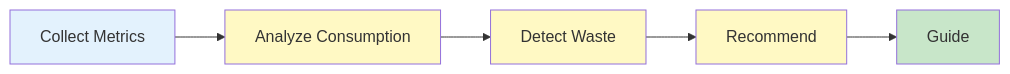
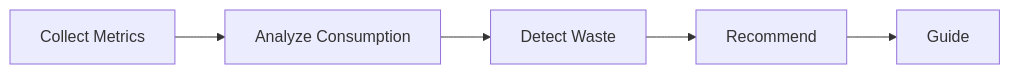
Before and after one commit to CharlesLuxinger/harness-eng-multi-agent: the diagram in instructions/resource-optimization/HEARTBEAT.md, drawn with Mermaid. The commit also changed other lines of this file and 67 other files, not shown here.

````diff
--- a/instructions/resource-optimization/HEARTBEAT.md
+++ b/instructions/resource-optimization/HEARTBEAT.md
@@ -11,19 +11,13 @@
 ```mermaid
 graph LR
   A["Collect Metrics"]
   B["Analyze Consumption"]
   C["Detect Waste"]
   D["Recommend"]
   E["Guide"]
   
   A --> B
   B --> C
   C --> D
   D --> E
-  
-  style A fill:#e3f2fd
-  style B fill:#fff9c4
-  style C fill:#fff9c4
-  style D fill:#fff9c4
-  style E fill:#c8e6c9
 ```
````
